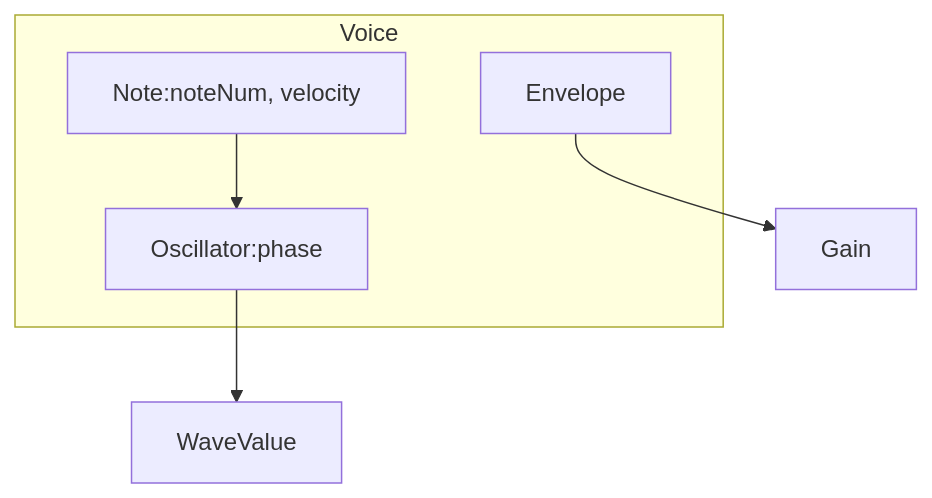
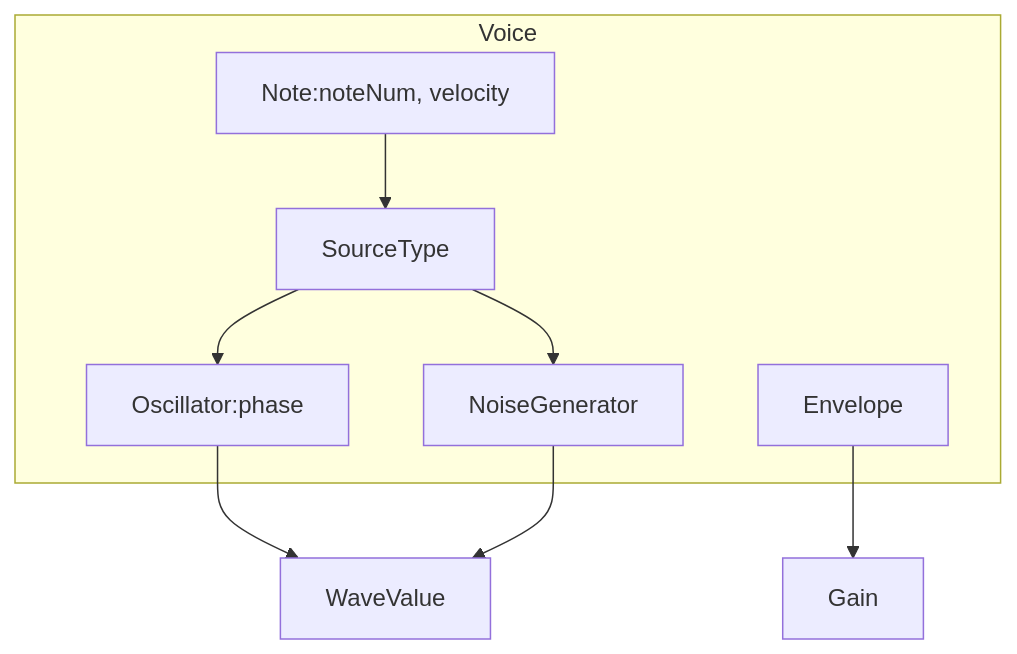
One commit to SunagimoOisii/F-Synthesizer changed the third of 4 diagrams in F-Synthesizer/Architecture.md. Above: the diagram before and after it, drawn with Mermaid. The commit also changed other lines of this file and 6 other files, not shown here.

````diff
--- a/F-Synthesizer/Architecture.md
+++ b/F-Synthesizer/Architecture.md
@@ -58,12 +61,17 @@
 ```mermaid
 flowchart TB
     subgraph Voice
         Note[Note:noteNum, velocity]
+        Src[SourceType]
         Osc[Oscillator:phase]
+        Noise[NoiseGenerator]
         Env[Envelope]
     end
 
-    Note --> Osc
+    Note --> Src
+    Src --> Osc
+    Src --> Noise
     Osc --> Out[WaveValue]
+    Noise --> Out
     Env --> Gain
 ```
````
